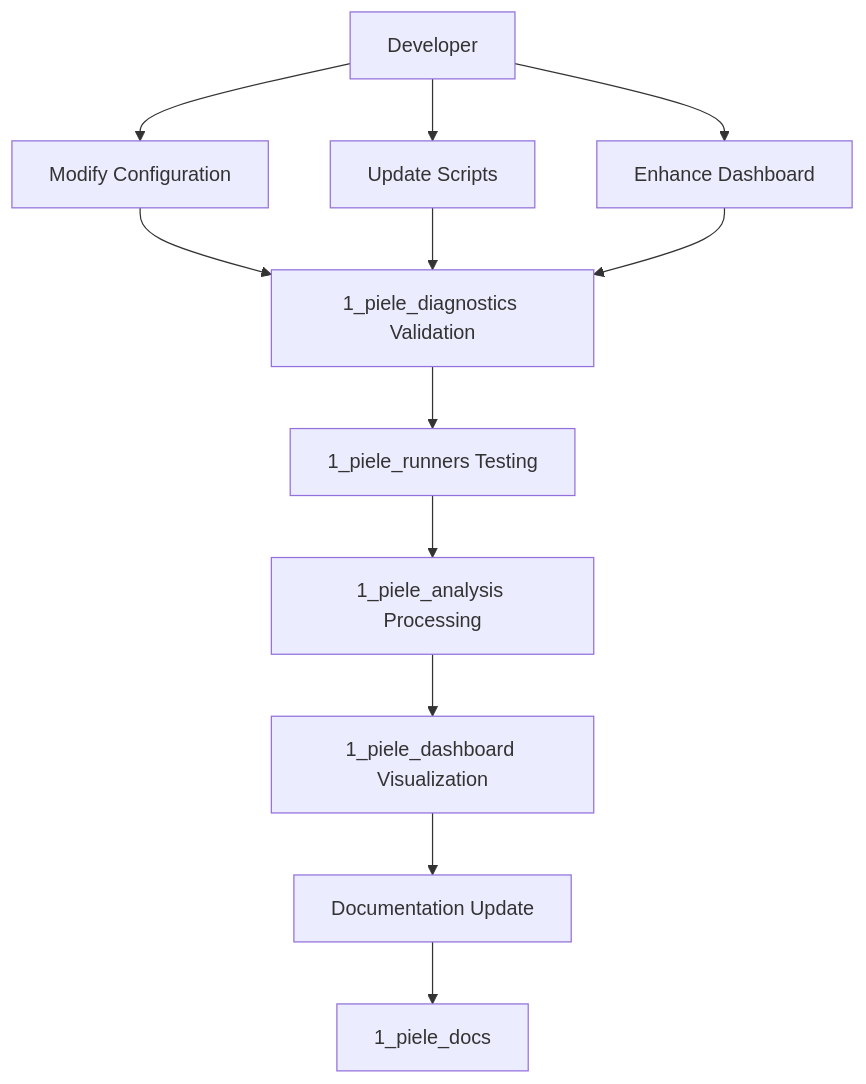
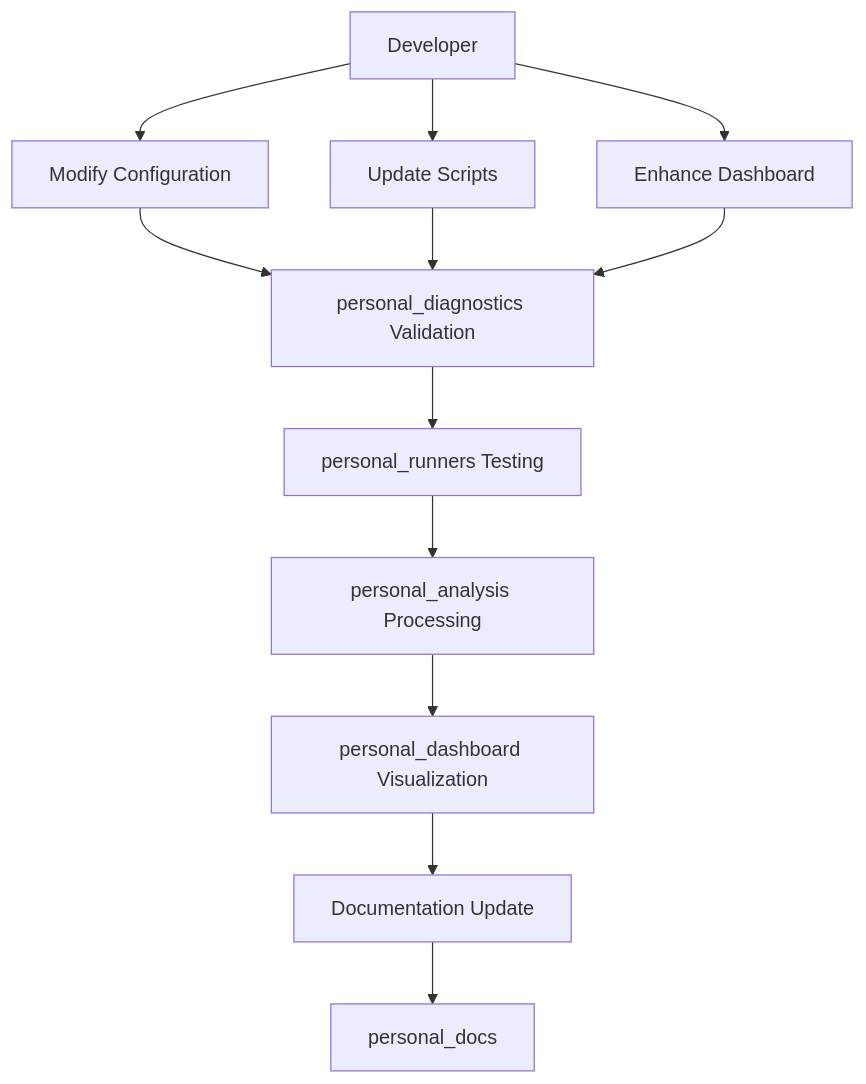
Before and after one commit to manescubogdanarmy/pypsa-eur: the third of 3 diagrams in vault/General.md, drawn with Mermaid. The commit also changed other lines of this file and 47 other files, not shown here.

````diff
--- a/vault/General.md
+++ b/vault/General.md
@@ -2788,17 +2788,17 @@
 ```mermaid
 graph TD
     A[Developer] --> B[Modify Configuration]
     A --> C[Update Scripts]
     A --> D[Enhance Dashboard]
     
-    B --> E[1_piele_diagnostics Validation]
+    B --> E[personal_diagnostics Validation]
     C --> E
     D --> E
     
-    E --> F[1_piele_runners Testing]
-    F --> G[1_piele_analysis Processing]
-    G --> H[1_piele_dashboard Visualization]
+    E --> F[personal_runners Testing]
+    F --> G[personal_analysis Processing]
+    G --> H[personal_dashboard Visualization]
     
     H --> I[Documentation Update]
-    I --> J[1_piele_docs]
+    I --> J[personal_docs]
 ```
````
